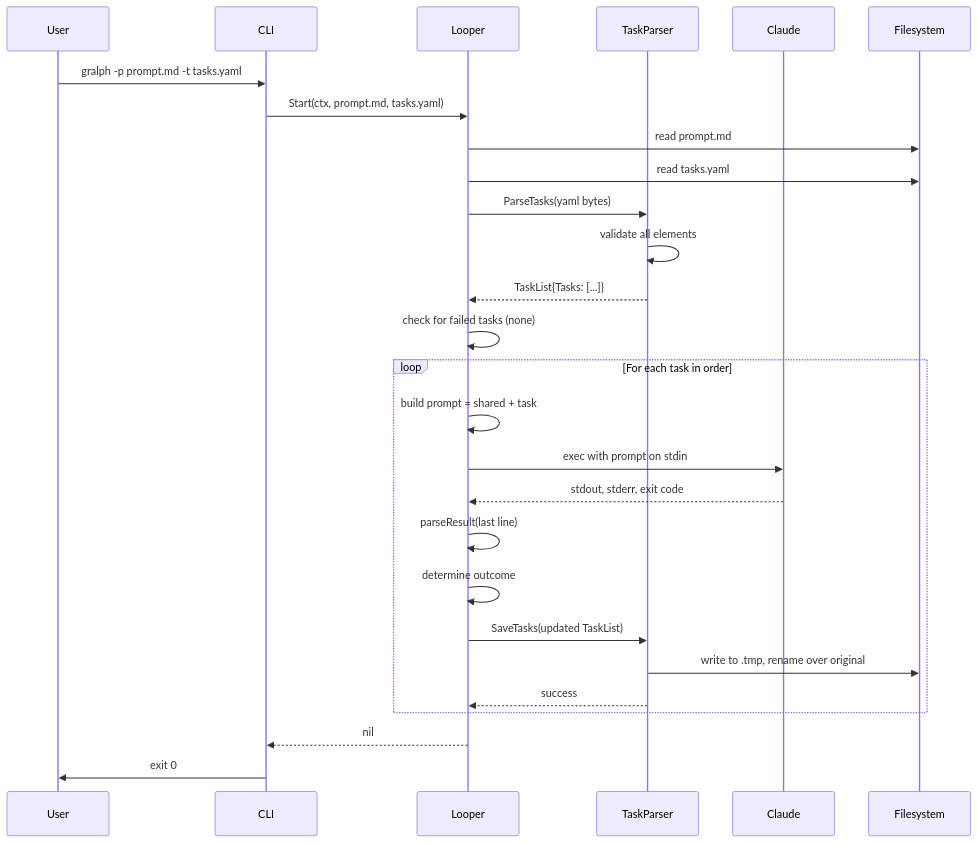
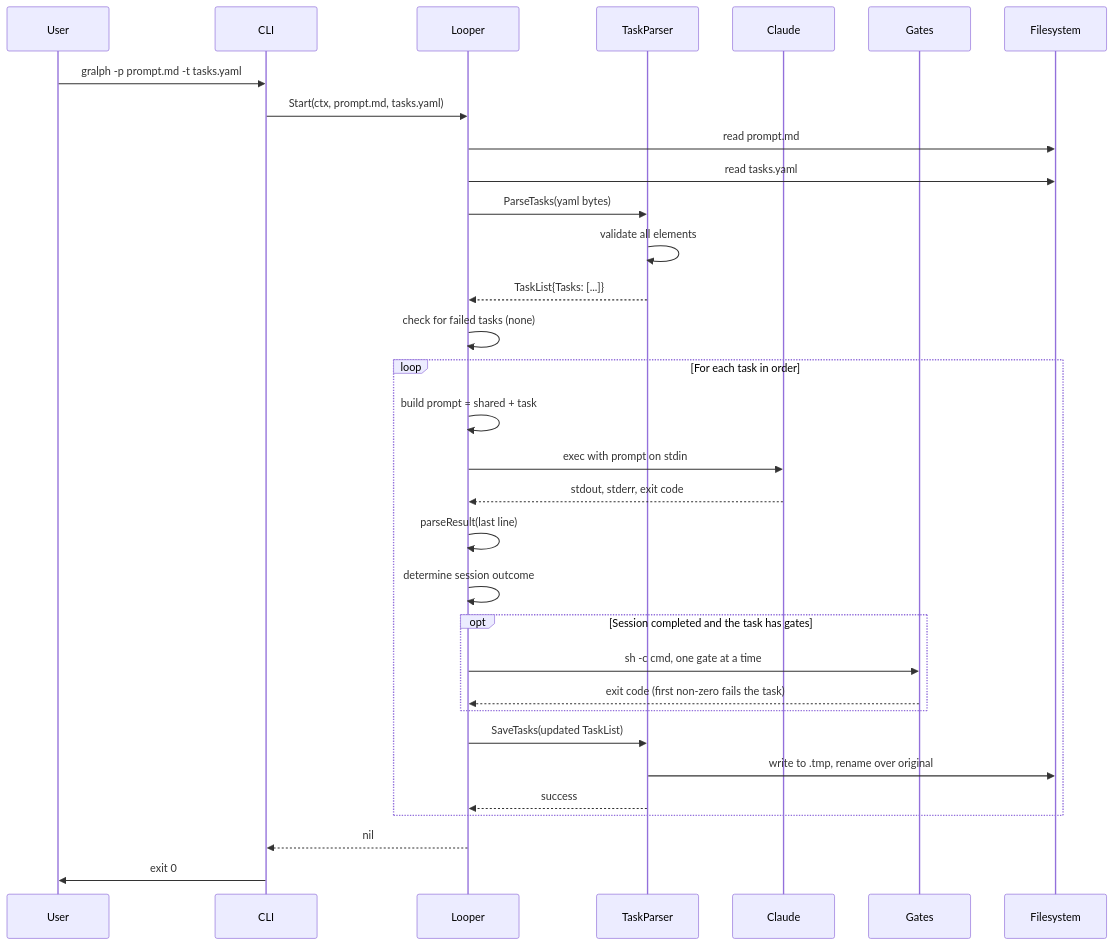
One commit to twistingmercury/gralph changed the second of 6 diagrams in docs/architecture/03_system_architecture.md. Above: the diagram before and after it, drawn with Mermaid. The commit also changed other lines of this file and 18 other files, not shown here.

First line of the commit message:
Task gates: gralph checks a completed task itself (#17)

````diff
--- a/docs/architecture/03_system_architecture.md
+++ b/docs/architecture/03_system_architecture.md
@@ -184,30 +208,35 @@
 ```mermaid
 sequenceDiagram
     participant User
     participant CLI
     participant Looper
     participant TaskParser
     participant Claude
+    participant Gates
     participant Filesystem
 
     User->>CLI: gralph -p prompt.md -t tasks.yaml
     CLI->>Looper: Start(ctx, prompt.md, tasks.yaml)
     Looper->>Filesystem: read prompt.md
     Looper->>Filesystem: read tasks.yaml
     Looper->>TaskParser: ParseTasks(yaml bytes)
     TaskParser->>TaskParser: validate all elements
     TaskParser-->>Looper: TaskList{Tasks: [...]}
     Looper->>Looper: check for failed tasks (none)
     loop For each task in order
         Looper->>Looper: build prompt = shared + task
         Looper->>Claude: exec with prompt on stdin
         Claude-->>Looper: stdout, stderr, exit code
         Looper->>Looper: parseResult(last line)
-        Looper->>Looper: determine outcome
+        Looper->>Looper: determine session outcome
+        opt Session completed and the task has gates
+            Looper->>Gates: sh -c cmd, one gate at a time
+            Gates-->>Looper: exit code (first non-zero fails the task)
+        end
         Looper->>TaskParser: SaveTasks(updated TaskList)
         TaskParser->>Filesystem: write to .tmp, rename over original
         TaskParser-->>Looper: success
     end
     Looper-->>CLI: nil
     CLI->>User: exit 0
 ```
````
